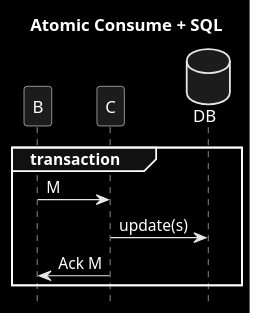
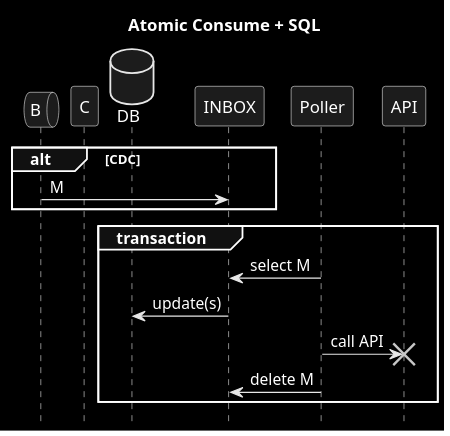
One commit to victorrentea/kafka changed the diagram in patterns/5_dual_m_db.puml. Above: the diagram before and after it, drawn with PlantUML. The commit also changed 9 other files, not shown here.

```diff
--- a/patterns/5_dual_m_db.puml
+++ b/patterns/5_dual_m_db.puml
@@ -1,15 +1,23 @@
 @startuml
 title Atomic Consume + SQL
 hide footbox
 skinparam monochrome reverse
-participant B
+queue B
 participant C
 database DB
 
+'B->C: M
+'C->INBOX: insert M
+'C->B: Ack M
+alt CDC
+    B->INBOX:M
+end
+
 group transaction
-    B->C: M
-    C->DB: update(s)
-    C->B: Ack M
+    Poller->INBOX: select M
+    INBOX->DB: update(s)
+    Poller->API!!: call API
+    Poller->INBOX: delete M
 end
 
 @enduml
```
